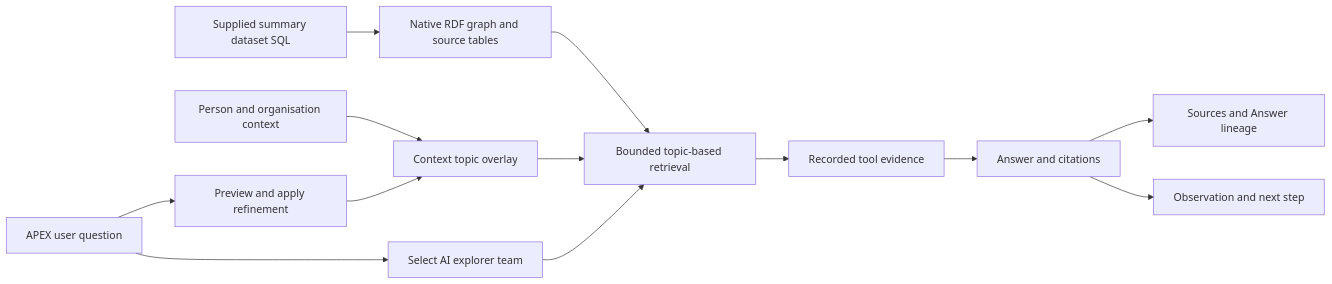
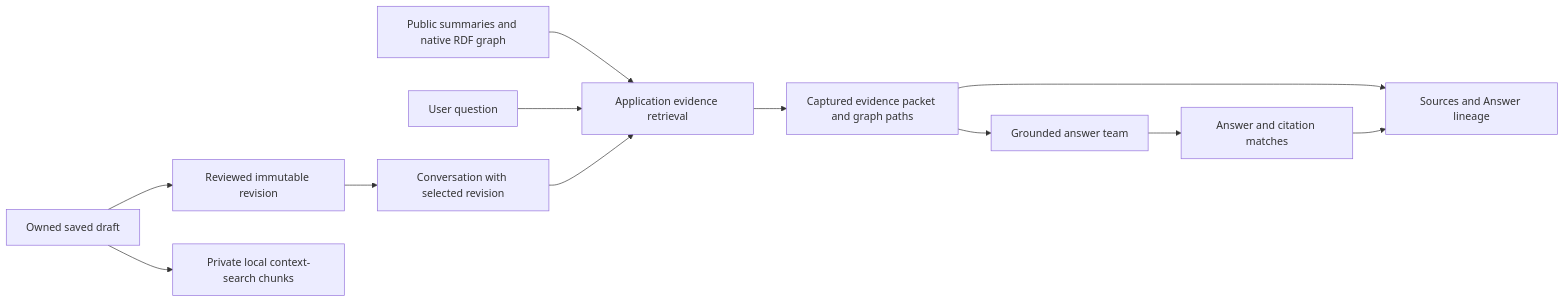
The diagram in docs/architecture.md (jlowe000/knowledge-context-graph-hol), drawn with Mermaid before and after one commit. The commit also changed other lines of this file and 224 other files, not shown here.

````diff
--- a/docs/architecture.md
+++ b/docs/architecture.md
@@ -5,15 +5,14 @@
 ```mermaid
 flowchart LR
-  A[Supplied summary dataset SQL] --> B[Native RDF graph and source tables]
-  C[Person and organisation context] --> D[Context topic overlay]
-  B --> E[Bounded topic-based retrieval]
-  D --> E
-  F[APEX user question] --> G[Select AI explorer team]
-  G --> E
-  E --> H[Recorded tool evidence]
-  H --> I[Answer and citations]
-  I --> J[Sources and Answer lineage]
-  F --> K[Preview and apply refinement]
-  K --> D
-  I --> L[Observation and next step]
+  P[Public summaries and native RDF graph] --> E[Application evidence retrieval]
+  D[Owned saved draft] --> R[Reviewed immutable revision]
+  R --> C[Conversation with selected revision]
+  Q[User question] --> E
+  C --> E
+  E --> T[Captured evidence packet and graph paths]
+  T --> M[Grounded answer team]
+  M --> A[Answer and citation matches]
+  T --> X[Sources and Answer lineage]
+  A --> X
+  D --> S[Private local context-search chunks]
 ```
````
